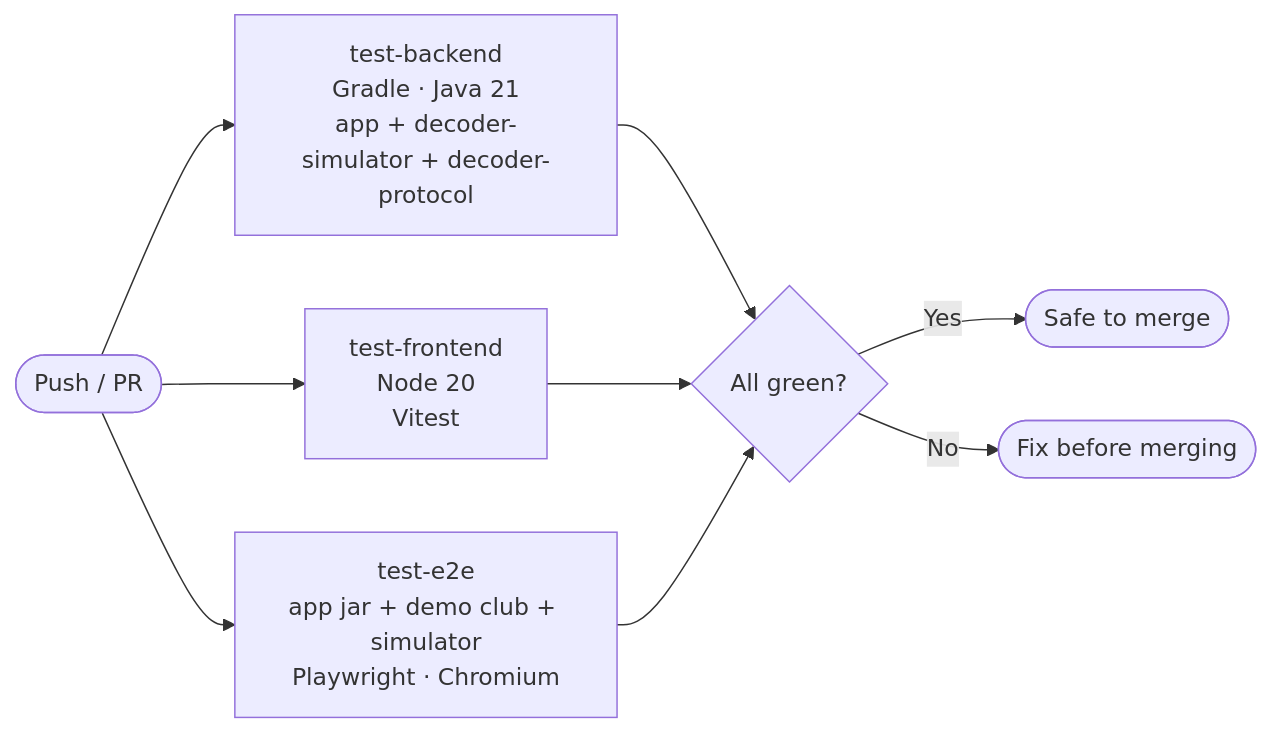
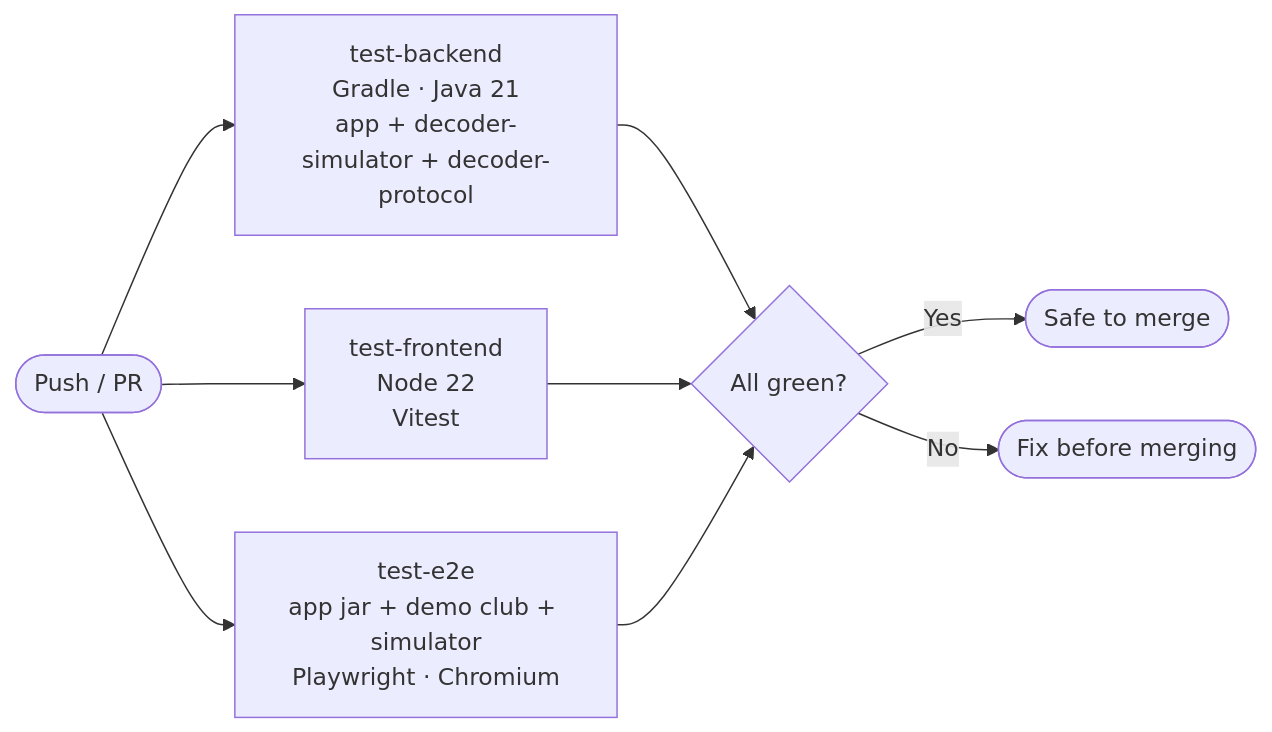
Before and after one commit to oggthemiffed/RCTimingControl: the second of 2 diagrams in CONTRIBUTING.md, drawn with Mermaid. The commit also changed 7 other files, not shown here.

First line of the commit message:
Take vitest 5: bump @vitest/ui with it and move CI, the image and docs to Node 22

````diff
--- a/CONTRIBUTING.md
+++ b/CONTRIBUTING.md
@@ -77,13 +77,13 @@
 ```mermaid
 flowchart LR
     Push([Push / PR]) --> B[test-backend\nGradle · Java 21\napp + decoder-simulator + decoder-protocol]
-    Push --> C[test-frontend\nNode 20\nVitest]
+    Push --> C[test-frontend\nNode 22\nVitest]
     Push --> D[test-e2e\napp jar + demo club + simulator\nPlaywright · Chromium]
 
     B --> E{All green?}
     C --> E
     D --> E
 
     E -- Yes --> F([Safe to merge])
     E -- No --> G([Fix before merging])
 ```
````
